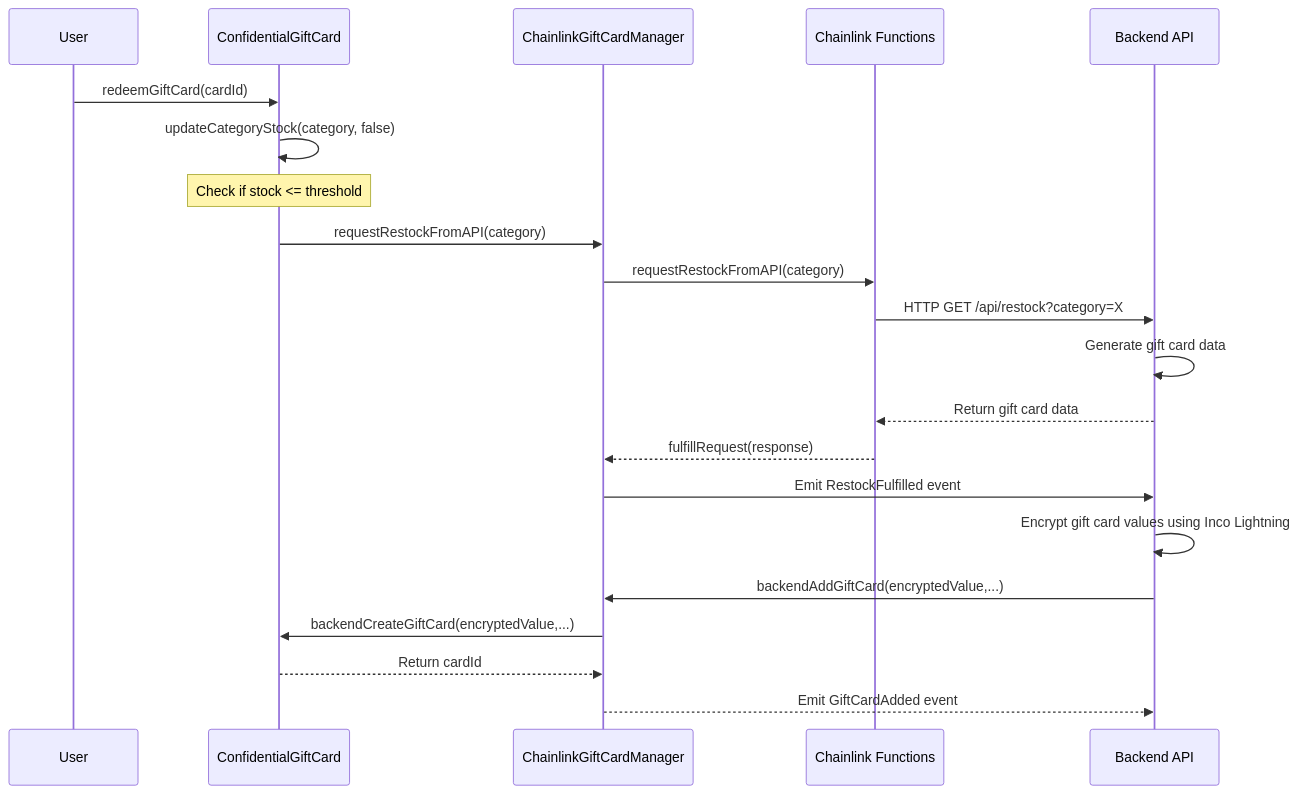
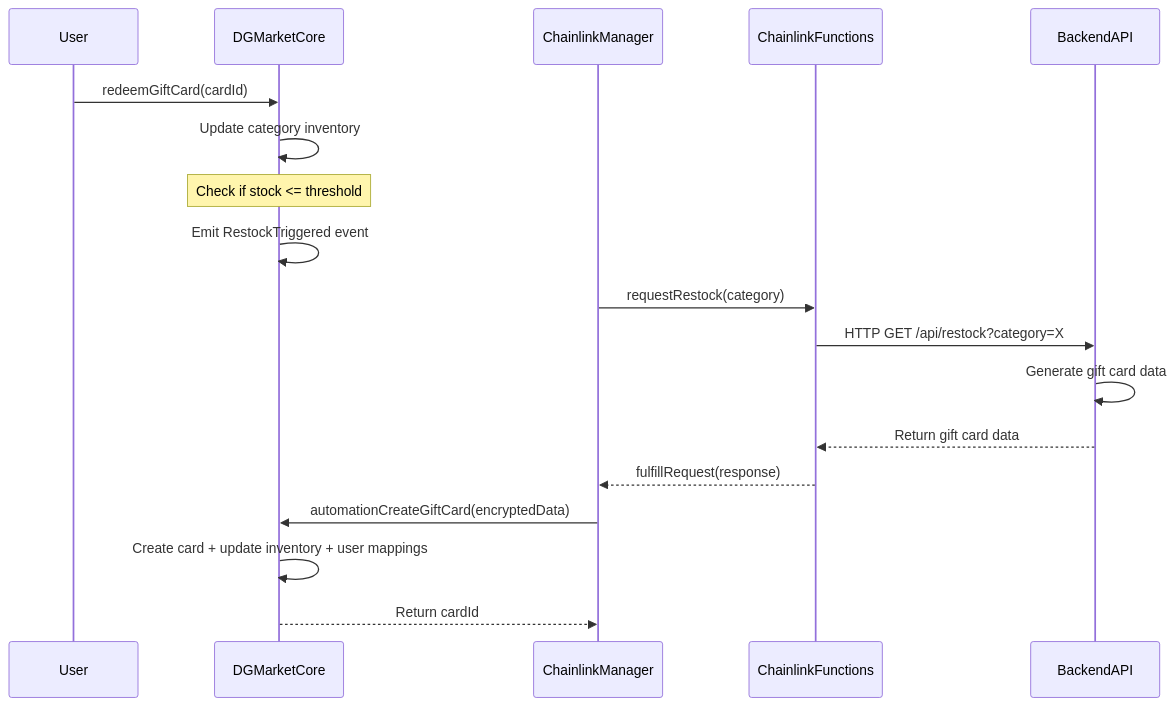
One commit to azhar0406/dgmarket changed the second of 2 diagrams in README.md. Above: the diagram before and after it, drawn with Mermaid. The commit also changed other lines of this file, not shown here.

Commit message:
contract work with fhe, chainlink, verify contract testing all are come contract compiled successfully

````diff
--- a/README.md
+++ b/README.md
@@ -253,24 +286,21 @@
 ```mermaid
 sequenceDiagram
     participant User
-    participant ConfidentialGC as ConfidentialGiftCard
-    participant ChainlinkManager as ChainlinkGiftCardManager
-    participant Chainlink as Chainlink Functions
-    participant Backend as Backend API
+    participant DGMarketCore
+    participant ChainlinkManager
+    participant ChainlinkFunctions
+    participant BackendAPI
     
-    User->>ConfidentialGC: redeemGiftCard(cardId)
-    ConfidentialGC->>ConfidentialGC: updateCategoryStock(category, false)
-    Note over ConfidentialGC: Check if stock <= threshold
-    ConfidentialGC->>ChainlinkManager: requestRestockFromAPI(category)
-    ChainlinkManager->>Chainlink: requestRestockFromAPI(category)
-    Chainlink->>Backend: HTTP GET /api/restock?category=X
-    Backend->>Backend: Generate gift card data
-    Backend-->>Chainlink: Return gift card data
-    Chainlink-->>ChainlinkManager: fulfillRequest(response)
-    ChainlinkManager->>Backend: Emit RestockFulfilled event
-    Backend->>Backend: Encrypt gift card values using Inco Lightning
-    Backend->>ChainlinkManager: backendAddGiftCard(encryptedValue,...)
-    ChainlinkManager->>ConfidentialGC: backendCreateGiftCard(encryptedValue,...)
-    ConfidentialGC-->>ChainlinkManager: Return cardId
-    ChainlinkManager-->>Backend: Emit GiftCardAdded event
+    User->>DGMarketCore: redeemGiftCard(cardId)
+    DGMarketCore->>DGMarketCore: Update category inventory
+    Note over DGMarketCore: Check if stock <= threshold
+    DGMarketCore->>DGMarketCore: Emit RestockTriggered event
+    ChainlinkManager->>ChainlinkFunctions: requestRestock(category)
+    ChainlinkFunctions->>BackendAPI: HTTP GET /api/restock?category=X
+    BackendAPI->>BackendAPI: Generate gift card data
+    BackendAPI-->>ChainlinkFunctions: Return gift card data
+    ChainlinkFunctions-->>ChainlinkManager: fulfillRequest(response)
+    ChainlinkManager->>DGMarketCore: automationCreateGiftCard(encryptedData)
+    DGMarketCore->>DGMarketCore: Create card + update inventory + user mappings
+    DGMarketCore-->>ChainlinkManager: Return cardId
 ```
````
